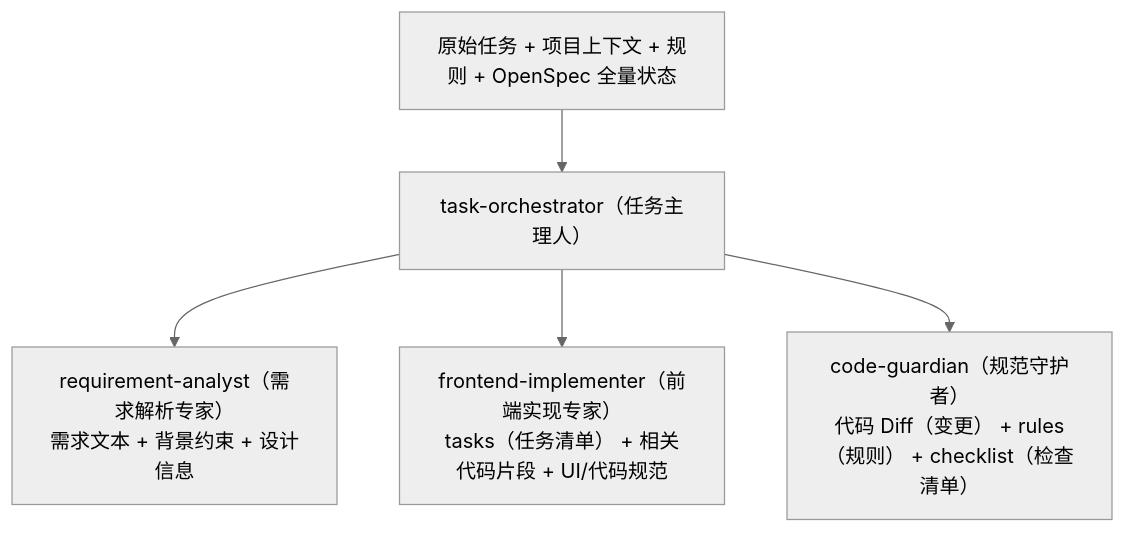
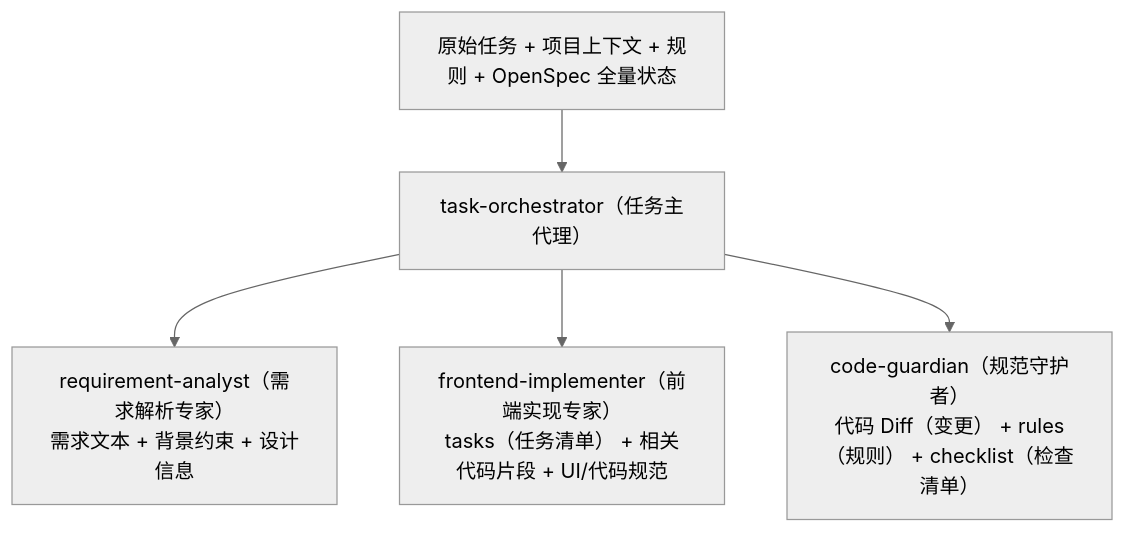
The second of 2 diagrams in docs/paser_two/专家协同的轻量化治理与上下文压缩方案-03-30-17-44.md (Colouful/br-ai-spec), drawn with Mermaid (neutral theme) before and after one commit. The commit also changed other lines of this file and 88 other files, not shown here.

````diff
--- a/docs/paser_two/专家协同的轻量化治理与上下文压缩方案-03-30-17-44.md
+++ b/docs/paser_two/专家协同的轻量化治理与上下文压缩方案-03-30-17-44.md
@@ -147,7 +147,7 @@
 ```mermaid
 flowchart TD
-    A["原始任务 + 项目上下文 + 规则 + OpenSpec 全量状态"] --> B["task-orchestrator（任务主理人）"]
+    A["原始任务 + 项目上下文 + 规则 + OpenSpec 全量状态"] --> B["task-orchestrator（任务主代理）"]
     B --> C1["requirement-analyst（需求解析专家）<br/>需求文本 + 背景约束 + 设计信息"]
     B --> C2["frontend-implementer（前端实现专家）<br/>tasks（任务清单） + 相关代码片段 + UI/代码规范"]
     B --> C3["code-guardian（规范守护者）<br/>代码 Diff（变更） + rules（规则） + checklist（检查清单）"]
 ```
````
